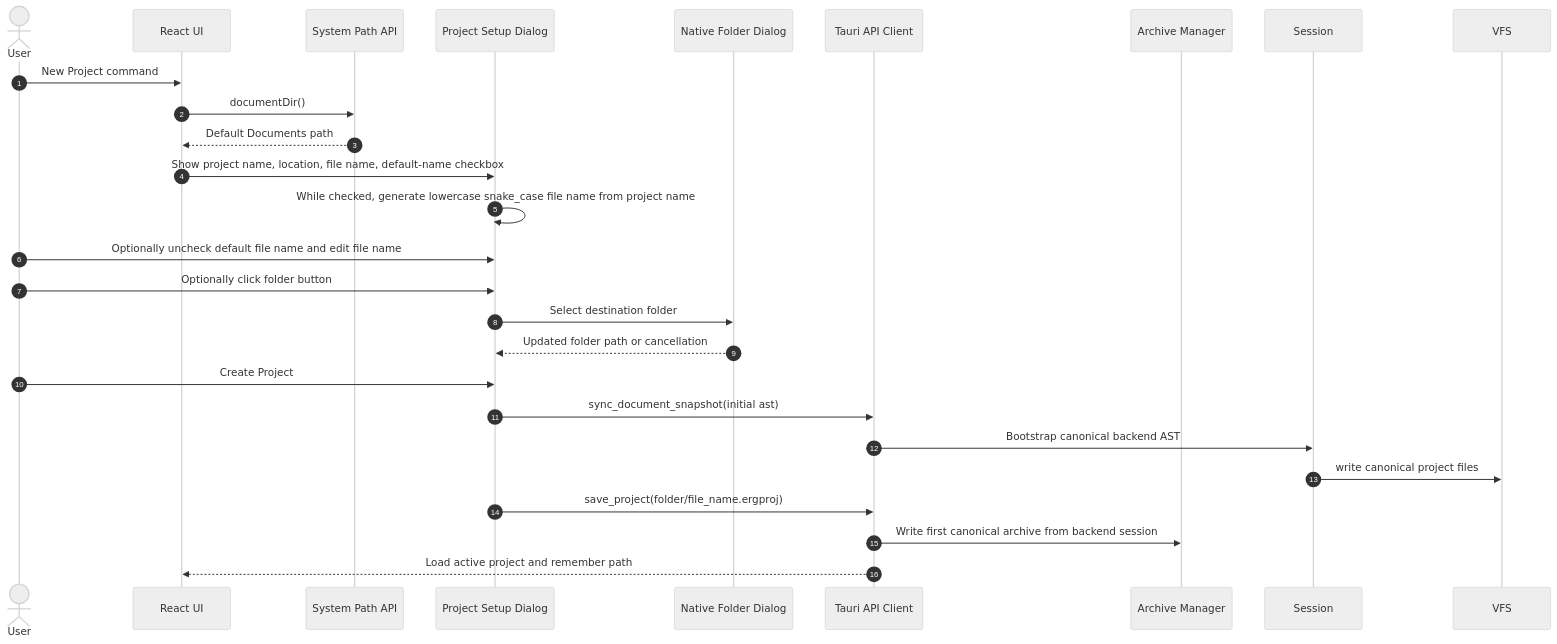
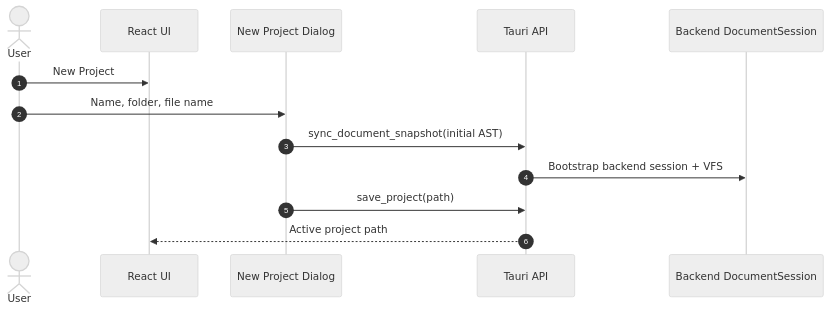
One commit to andmoreduro/ergo changed the second of 9 diagrams in context/sequence-diagrams.md. Above: the diagram before and after it, drawn with Mermaid (neutral theme). The commit also changed other lines of this file and 12 other files, not shown here.

````diff
--- a/context/sequence-diagrams.md
+++ b/context/sequence-diagrams.md
@@ -96,29 +46,17 @@
 ```mermaid
 sequenceDiagram
     autonumber
 
     actor User
     participant UI as React UI
-    participant Path as System Path API
-    participant Dialog as Project Setup Dialog
-    participant OS as Native Folder Dialog
-    participant API as Tauri API Client
-    participant Archive as Archive Manager
+    participant Dialog as New Project Dialog
+    participant API as Tauri API
+    participant Session as Backend DocumentSession
 
-    User->>UI: New Project command
-    UI->>Path: documentDir()
-    Path-->>UI: Default Documents path
-    UI->>Dialog: Show project name, location, file name, default-name checkbox
-    Dialog->>Dialog: While checked, generate lowercase snake_case file name from project name
-    User->>Dialog: Optionally uncheck default file name and edit file name
-    User->>Dialog: Optionally click folder button
-    Dialog->>OS: Select destination folder
-    OS-->>Dialog: Updated folder path or cancellation
-    User->>Dialog: Create Project
-    Dialog->>API: sync_document_snapshot(initial ast)
-    API->>Session: Bootstrap canonical backend AST
-    Session->>VFS: write canonical project files
-    Dialog->>API: save_project(folder/file_name.ergproj)
-    API->>Archive: Write first canonical archive from backend session
-    API-->>UI: Load active project and remember path
+    User->>UI: New Project
+    User->>Dialog: Name, folder, file name
+    Dialog->>API: sync_document_snapshot(initial AST)
+    API->>Session: Bootstrap backend session + VFS
+    Dialog->>API: save_project(path)
+    API-->>UI: Active project path
 ```
````
